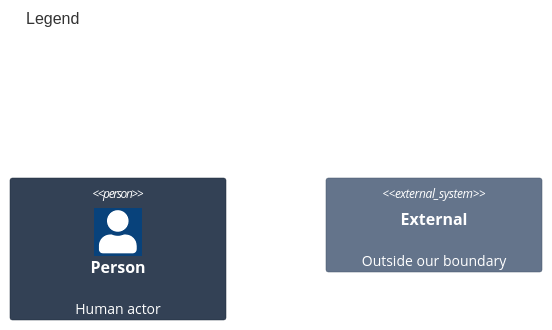
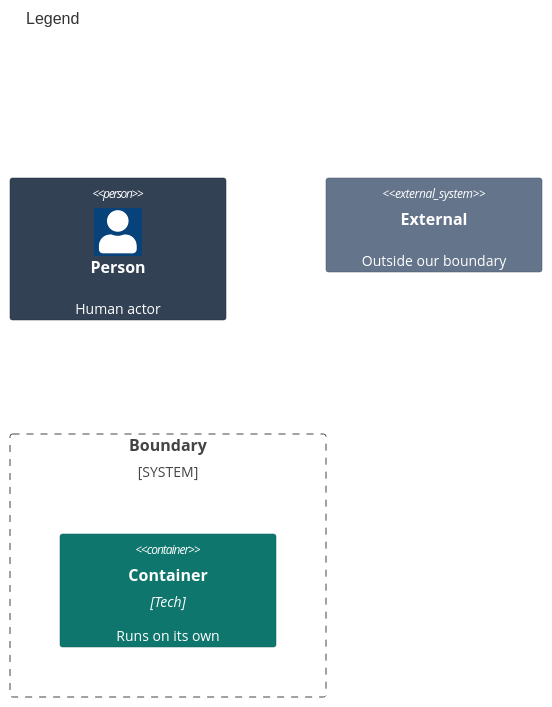
The second of 2 diagrams in docs/architecture/02-containers.md (may-journal/common-swift), drawn with Mermaid before and after one commit. The commit also changed other lines of this file and 20 other files, not shown here.

````diff
--- a/docs/architecture/02-containers.md
+++ b/docs/architecture/02-containers.md
@@ -25,10 +30,14 @@
 ```mermaid
 C4Container
     title Legend
 
     Person(p, "Person", "Human actor")
+    System_Boundary(b, "Boundary") {
+        Container(c, "Container", "Tech", "Runs on its own")
+    }
     System_Ext(e, "External", "Outside our boundary")
 
     UpdateElementStyle(p, $bgColor="#334155", $borderColor="#1e293b", $fontColor="#ffffff")
+    UpdateElementStyle(c, $bgColor="#0f766e", $borderColor="#115e59", $fontColor="#ffffff")
     UpdateElementStyle(e, $bgColor="#64748b", $borderColor="#475569", $fontColor="#ffffff")
 ```
````
